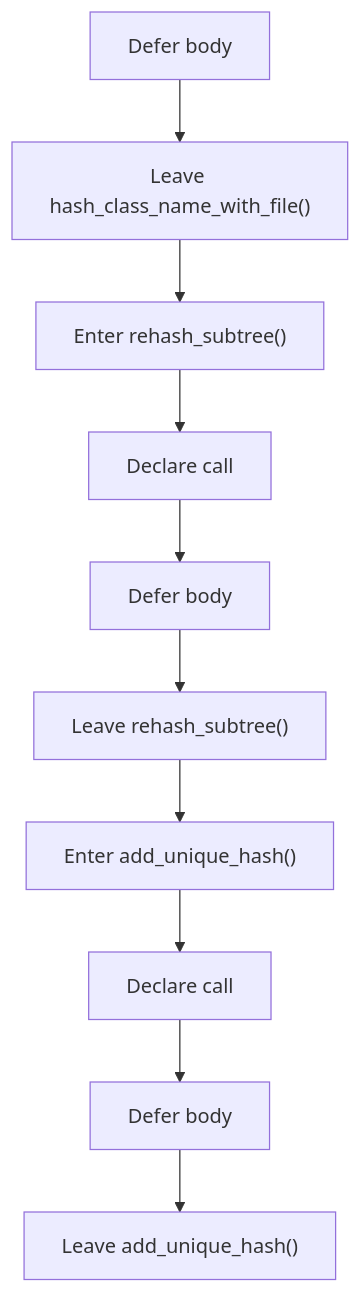
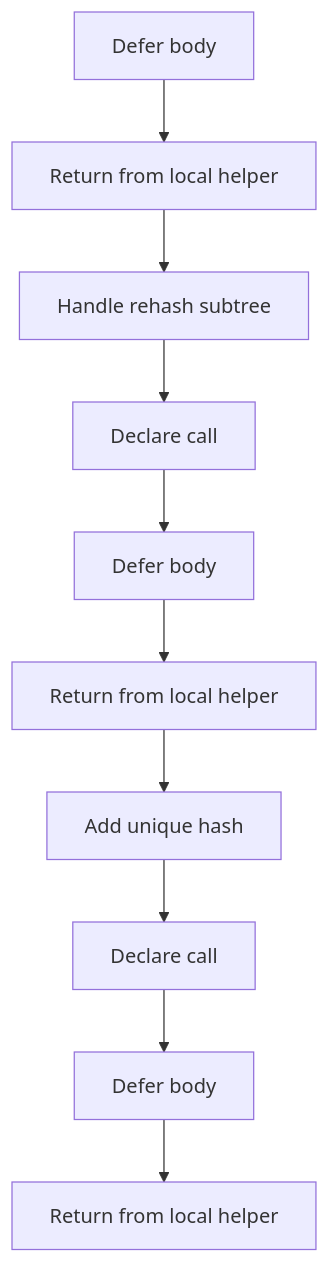
One commit to JohnAndrewBalbarosa/NeoTerritory changed the third of 8 diagrams in docs/Codebase/Microservice/Modules/Header/SyntacticBrokenAST/Trees/Actual/Internal/Flow/parse_tree_internal_program_flow_01.hpp.md. Above: the diagram before and after it, drawn with Mermaid. The commit also changed other lines of this file and 925 other files, not shown here.

````diff
--- a/docs/Codebase/Microservice/Modules/Header/SyntacticBrokenAST/Trees/Actual/Internal/Flow/parse_tree_internal_program_flow_01.hpp.md
+++ b/docs/Codebase/Microservice/Modules/Header/SyntacticBrokenAST/Trees/Actual/Internal/Flow/parse_tree_internal_program_flow_01.hpp.md
@@ -67,22 +67,22 @@
 ```mermaid
 flowchart TD
     N0["Defer body"]
-    N1["Leave hash_class_name_with_file()"]
-    N2["Enter rehash_subtree()"]
+    N1["Return from local helper"]
+    N2["Handle rehash subtree"]
     N3["Declare call"]
     N4["Defer body"]
-    N5["Leave rehash_subtree()"]
-    N6["Enter add_unique_hash()"]
+    N5["Return from local helper"]
+    N6["Add unique hash"]
     N7["Declare call"]
     N8["Defer body"]
-    N9["Leave add_unique_hash()"]
+    N9["Return from local helper"]
     N0 --> N1
     N1 --> N2
     N2 --> N3
     N3 --> N4
     N4 --> N5
     N5 --> N6
     N6 --> N7
     N7 --> N8
     N8 --> N9
 ```
````
